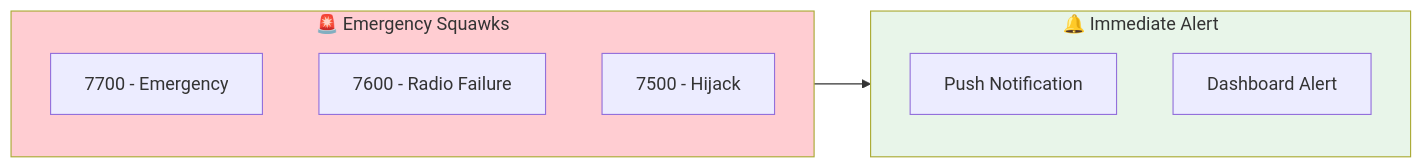
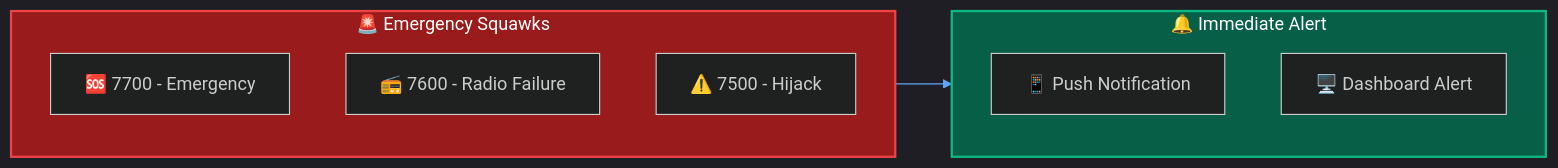
The first of 2 diagrams in docs/Recipes/emergency-monitor.md (CHA0S-CORP/SkySpyDocs), drawn with Mermaid before and after one commit. The commit also changed other lines of this file and 11 other files, not shown here.

````diff
--- a/docs/Recipes/emergency-monitor.md
+++ b/docs/Recipes/emergency-monitor.md
@@ -10,18 +10,19 @@
 ```mermaid
+%%{init: {'theme': 'dark', 'themeVariables': { 'primaryColor': '#1e3a5f', 'primaryTextColor': '#fff', 'primaryBorderColor': '#3b82f6', 'lineColor': '#60a5fa'}}}%%
 flowchart LR
     subgraph Squawks["🚨 Emergency Squawks"]
-        S7700[7700 - Emergency]
-        S7600[7600 - Radio Failure]
-        S7500[7500 - Hijack]
+        S7700["🆘 7700 - Emergency"]
+        S7600["📻 7600 - Radio Failure"]
+        S7500["⚠️ 7500 - Hijack"]
     end
 
     subgraph Alert["🔔 Immediate Alert"]
-        PUSH[Push Notification]
-        DASH[Dashboard Alert]
+        PUSH["📱 Push Notification"]
+        DASH["🖥️ Dashboard Alert"]
     end
 
     Squawks --> Alert
 
-    style Squawks fill:#ffcdd2
-    style Alert fill:#e8f5e9
+    style Squawks fill:#991b1b,stroke:#ef4444,stroke-width:2px,color:#fff
+    style Alert fill:#065f46,stroke:#10b981,stroke-width:2px,color:#fff
 ```
````
